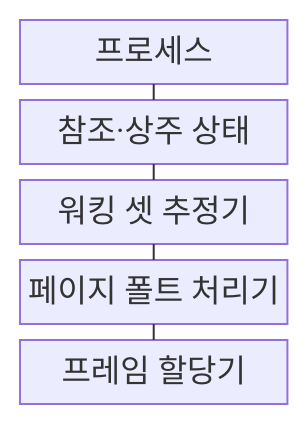
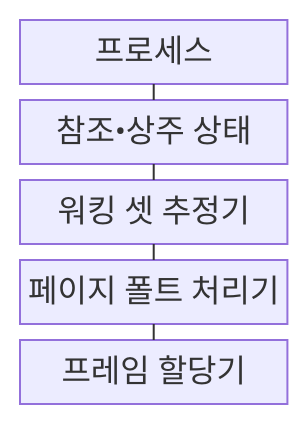
One commit to agnusdei1207/knowledge-base changed the first of 2 diagrams in src/content/docs/notes/03-software/016_working_set_page_fault.md. Above: the diagram before and after it, drawn with Mermaid. The commit also changed other lines of this file and 953 other files, not shown here.

````diff
--- a/src/content/docs/notes/03-software/016_working_set_page_fault.md
+++ b/src/content/docs/notes/03-software/016_working_set_page_fault.md
@@ -68,13 +68,13 @@
 ```mermaid
 block
     columns 1
     P["프로세스"]
-    R["참조·상주 상태"]
+    R["참조•상주 상태"]
     W["워킹 셋 추정기"]
     H["페이지 폴트 처리기"]
     F["프레임 할당기"]
     P --- R
     R --- W
     W --- H
     H --- F
 ```
````
